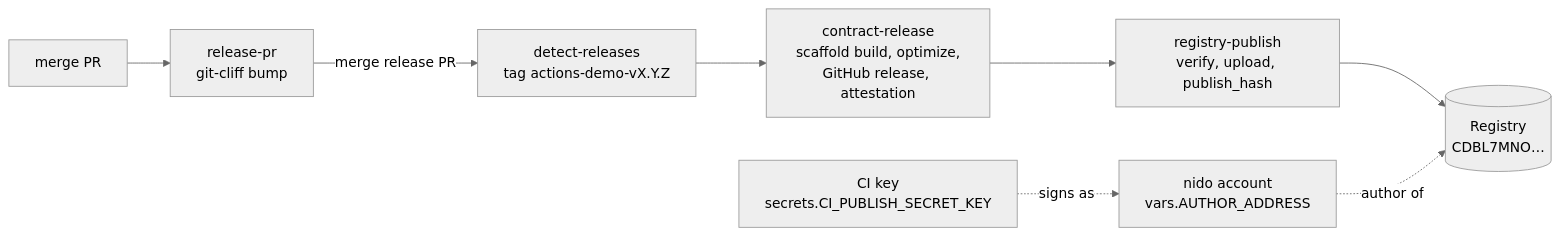
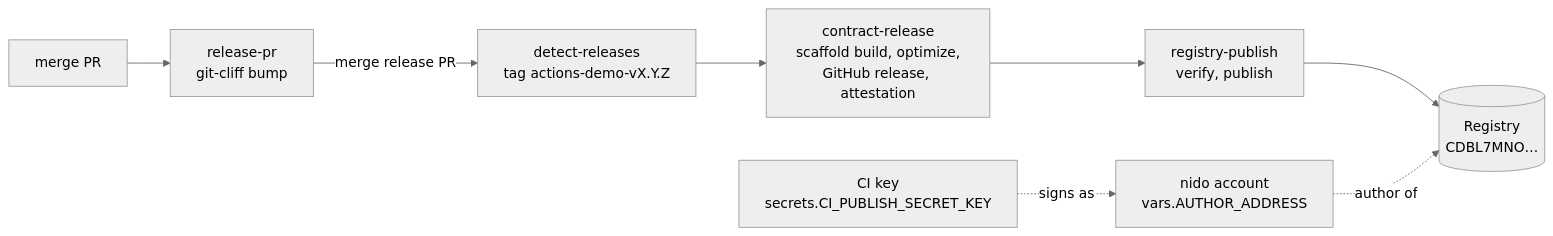
Before and after one commit to stellar-registry/actions-demo: the diagram in README.md, drawn with Mermaid (neutral theme). The commit also changed other lines of this file and 5 other files, not shown here.

Commit message:
docs: publish-only rule, release-PR flow, run 3 evidence and screenshots

````diff
--- a/README.md
+++ b/README.md
@@ -29,10 +30,10 @@
 ```mermaid
 flowchart LR
   A[merge PR] --> B[release-pr<br/>git-cliff bump]
   B -->|merge release PR| C[detect-releases<br/>tag actions-demo-vX.Y.Z]
   C --> D[contract-release<br/>scaffold build, optimize,<br/>GitHub release, attestation]
-  D --> E[registry-publish<br/>verify, upload, publish_hash]
+  D --> E[registry-publish<br/>verify, publish]
   E --> R[(Registry<br/>CDBL7MNO…)]
   K[CI key<br/>secrets.CI_PUBLISH_SECRET_KEY] -. signs as .-> N[nido account<br/>vars.AUTHOR_ADDRESS]
   N -. author of .-> R
 ```
````
